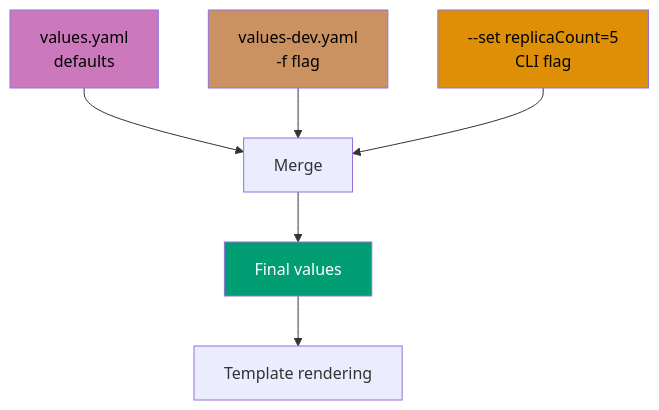
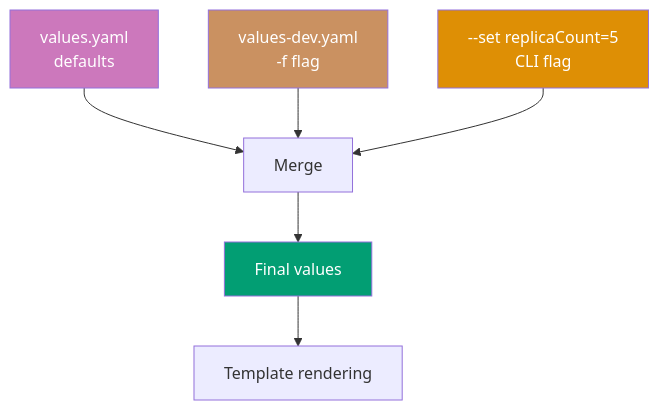
The ninth of 14 diagrams in apps/ayokoding-web/content/en/learn/software-engineering/infrastructure/tools/kubernetes/by-example/advanced.md (wahidyankf/open-sharia-enterprise), drawn with Mermaid before and after one commit. The commit also changed other lines of this file and 61 other files, not shown here.

First line of the commit message:
fix(ayokoding-web): quote Mermaid node labels with special characters in Example 63

````diff
--- a/apps/ayokoding-web/content/en/learn/software-engineering/infrastructure/tools/kubernetes/by-example/advanced.md
+++ b/apps/ayokoding-web/content/en/learn/software-engineering/infrastructure/tools/kubernetes/by-example/advanced.md
@@ -2594,14 +2594,14 @@
 ```mermaid
 %% Helm values precedence
 graph TD
     A[values.yaml<br/>defaults] --> B[Merge]
     C[values-dev.yaml<br/>-f flag] --> B
     D[--set replicaCount=5<br/>CLI flag] --> B
     B --> E[Final values]
     E --> F[Template rendering]
 
-    style A fill:#CC78BC,color:#000
-    style C fill:#CA9161,color:#000
-    style D fill:#DE8F05,color:#000
+    style A fill:#CC78BC,color:#fff
+    style C fill:#CA9161,color:#fff
+    style D fill:#DE8F05,color:#fff
     style E fill:#029E73,color:#fff
 ```
````
